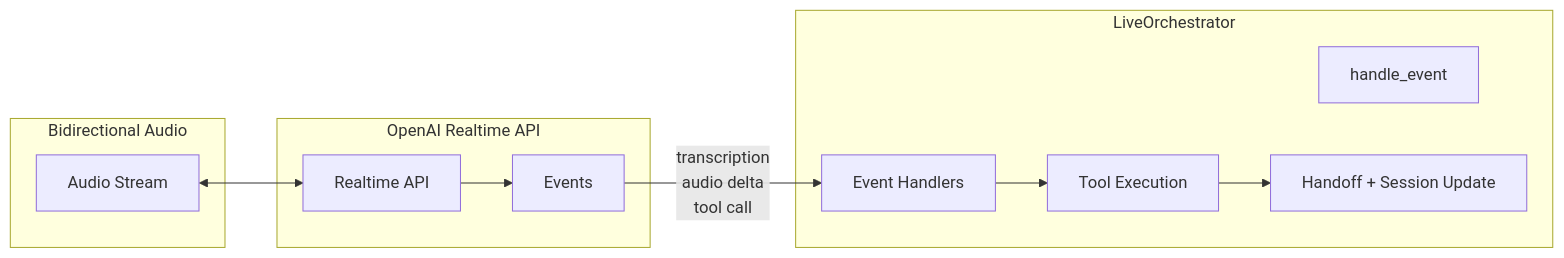
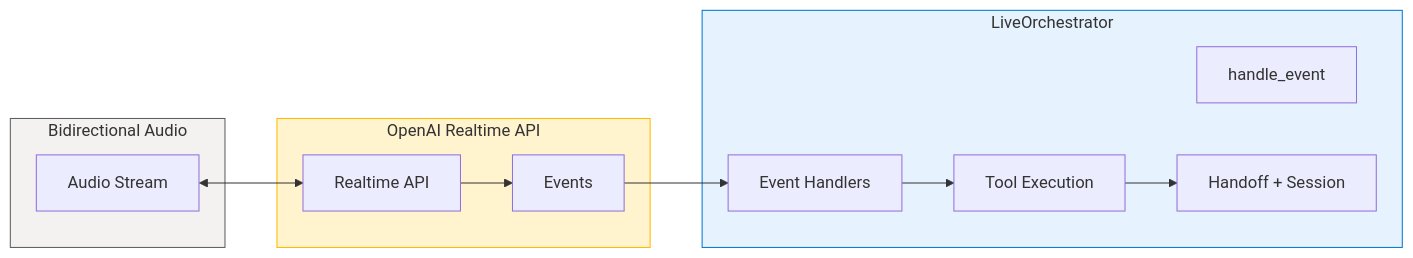
Before and after one commit to Azure-Samples/art-voice-agent-accelerator: the third of 4 diagrams in docs/architecture/orchestration/README.md, drawn with Mermaid. The commit also changed other lines of this file and 62 other files, not shown here.

````diff
--- a/docs/architecture/orchestration/README.md
+++ b/docs/architecture/orchestration/README.md
@@ -203,24 +215,28 @@
 ```mermaid
 flowchart LR
-    subgraph Audio["Bidirectional Audio"]
+    subgraph Audio[Bidirectional Audio]
         A[Audio Stream]
     end
     
-    subgraph Realtime["OpenAI Realtime API"]
+    subgraph Realtime[OpenAI Realtime API]
         R[Realtime API]
         E1[Events]
     end
     
-    subgraph Orchestrator["LiveOrchestrator"]
+    subgraph Orchestrator[LiveOrchestrator]
         L[handle_event]
         H[Event Handlers]
         T[Tool Execution]
-        S[Handoff + Session Update]
+        S[Handoff + Session]
     end
     
     A <--> R
     R --> E1
-    E1 -->|transcription<br>audio delta<br>tool call| H
+    E1 --> H
     H --> T
     T --> S
+    
+    style Audio fill:#F3F2F1,stroke:#605E5C
+    style Realtime fill:#FFF4CE,stroke:#FFB900
+    style Orchestrator fill:#E6F3FF,stroke:#0078D4
 ```
````
